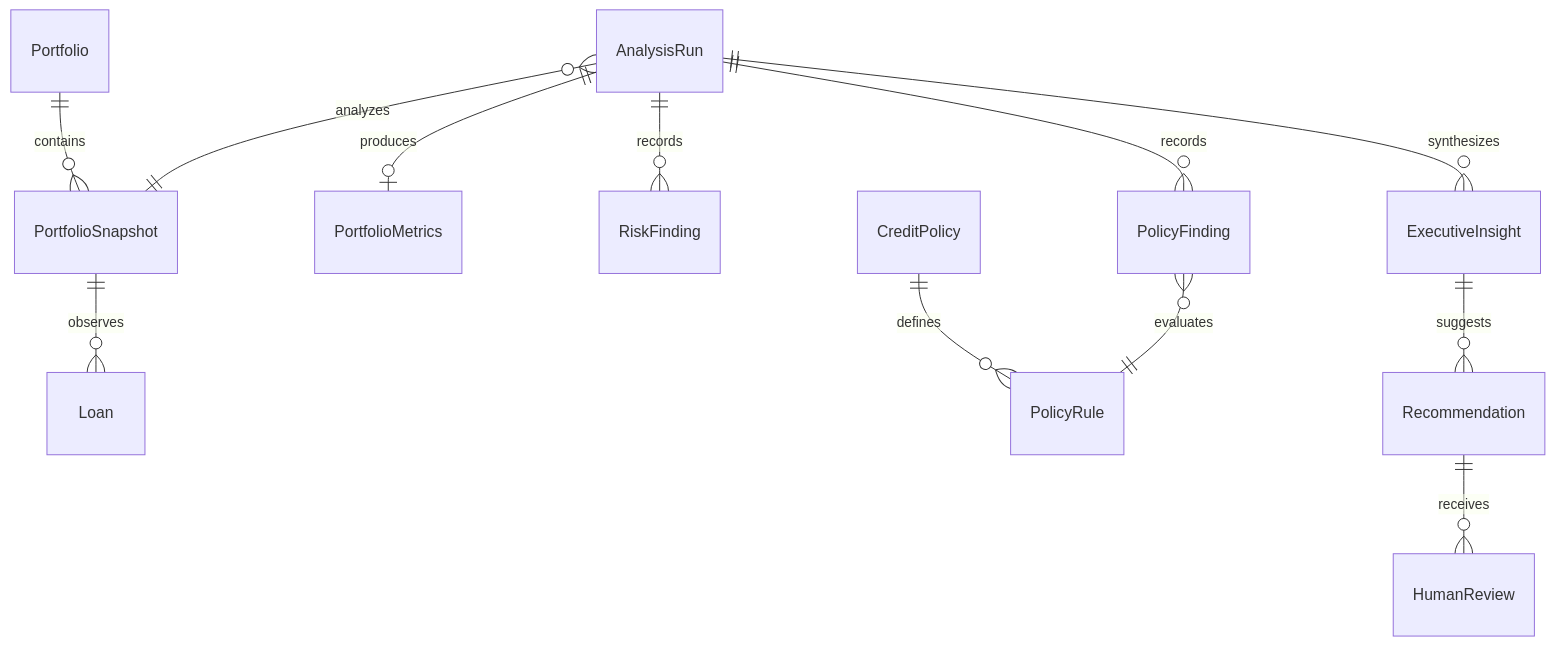
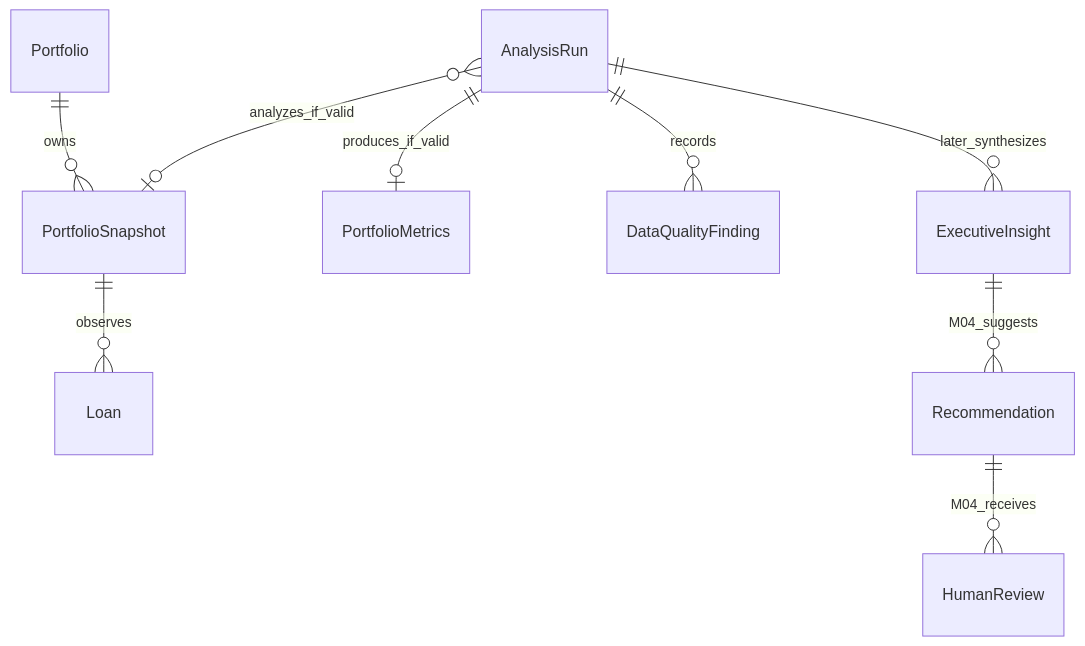
The diagram in docs/02-domain/domain-model.md (MGimenez059/RiskLens), drawn with Mermaid before and after one commit. The commit also changed other lines of this file and 46 other files, not shown here.

````diff
--- a/docs/02-domain/domain-model.md
+++ b/docs/02-domain/domain-model.md
@@ -28,14 +39,11 @@
 ```mermaid
 erDiagram
-    Portfolio ||--o{ PortfolioSnapshot : contains
+    Portfolio ||--o{ PortfolioSnapshot : owns
     PortfolioSnapshot ||--o{ Loan : observes
-    AnalysisRun }o--|| PortfolioSnapshot : analyzes
-    AnalysisRun ||--o| PortfolioMetrics : produces
-    AnalysisRun ||--o{ RiskFinding : records
-    AnalysisRun ||--o{ PolicyFinding : records
-    CreditPolicy ||--o{ PolicyRule : defines
-    PolicyFinding }o--|| PolicyRule : evaluates
-    AnalysisRun ||--o{ ExecutiveInsight : synthesizes
-    ExecutiveInsight ||--o{ Recommendation : suggests
-    Recommendation ||--o{ HumanReview : receives
+    AnalysisRun }o--o| PortfolioSnapshot : analyzes_if_valid
+    AnalysisRun ||--o| PortfolioMetrics : produces_if_valid
+    AnalysisRun ||--o{ DataQualityFinding : records
+    AnalysisRun ||--o{ ExecutiveInsight : later_synthesizes
+    ExecutiveInsight ||--o{ Recommendation : M04_suggests
+    Recommendation ||--o{ HumanReview : M04_receives
 ```
````
